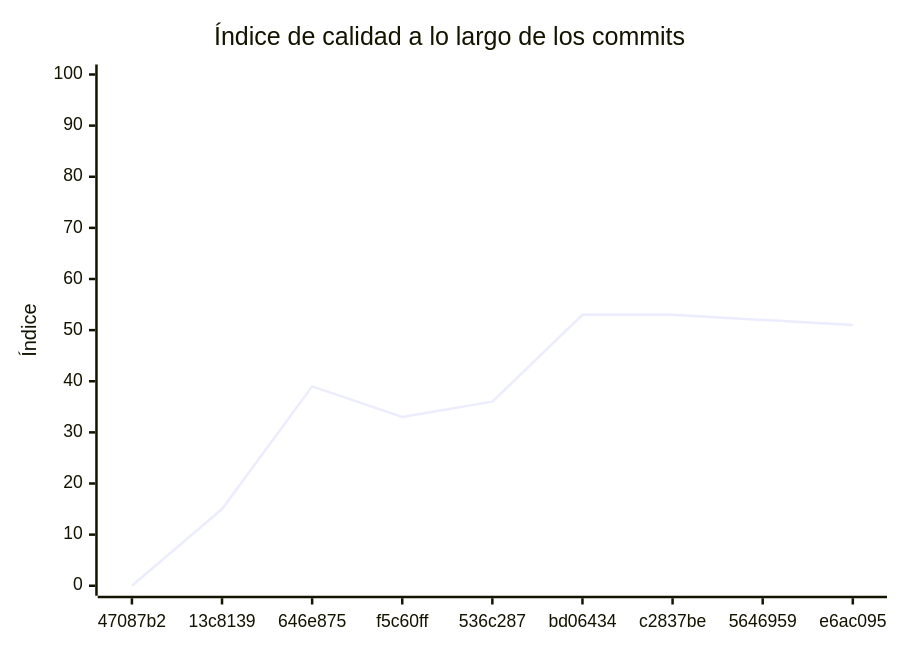
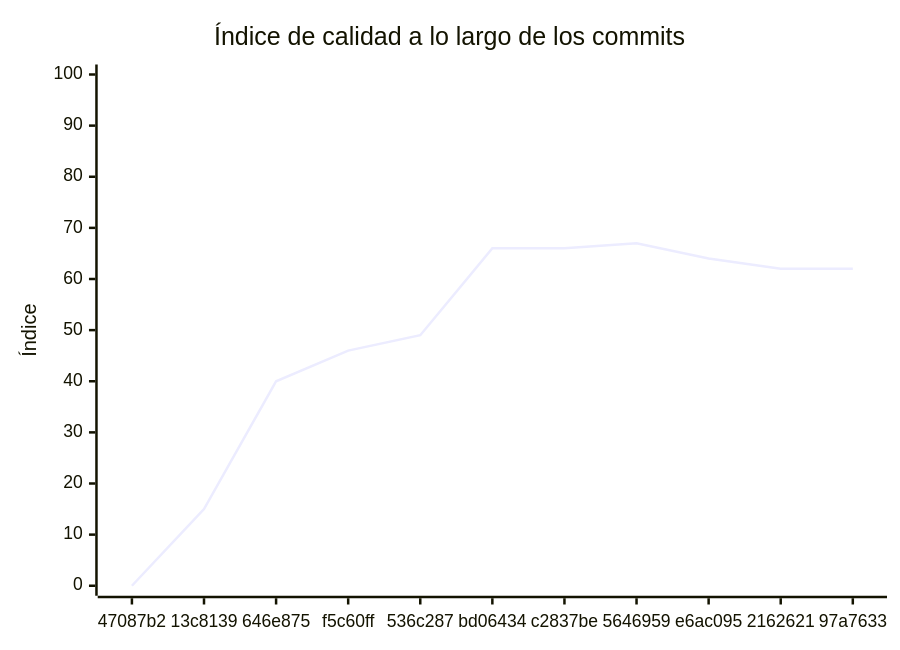
One commit to TONEATTI-PROGRAMACION-TRABAJO-FINAL/Servicio-catalogo changed the diagram in docs/EVALUACION.md. Above: the diagram before and after it, drawn with Mermaid. The commit also changed other lines of this file and 1 other file, not shown here.

````diff
--- a/docs/EVALUACION.md
+++ b/docs/EVALUACION.md
@@ -181,7 +148,7 @@
 ```mermaid
 xychart-beta
     title "Índice de calidad a lo largo de los commits"
-    x-axis ["47087b2", "13c8139", "646e875", "f5c60ff", "536c287", "bd06434", "c2837be", "5646959", "e6ac095"]
+    x-axis ["47087b2", "13c8139", "646e875", "f5c60ff", "536c287", "bd06434", "c2837be", "5646959", "e6ac095", "2162621", "97a7633"]
     y-axis "Índice" 0 --> 100
-    line [0, 15, 39, 33, 36, 53, 53, 52, 51]
+    line [0, 15, 40, 46, 49, 66, 66, 67, 64, 62, 62]
 ```
````
